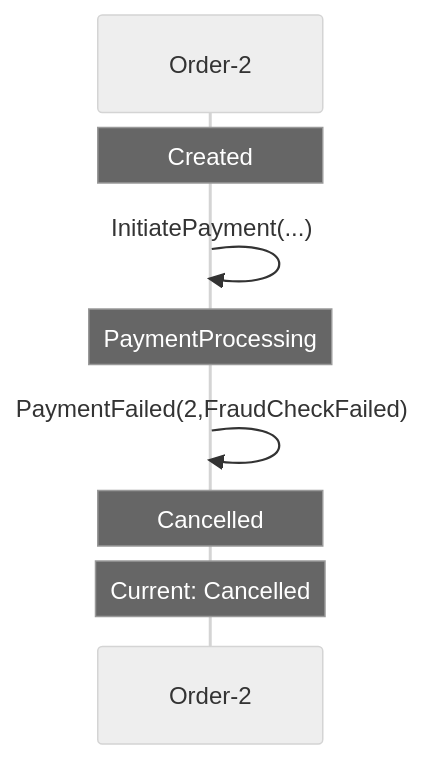
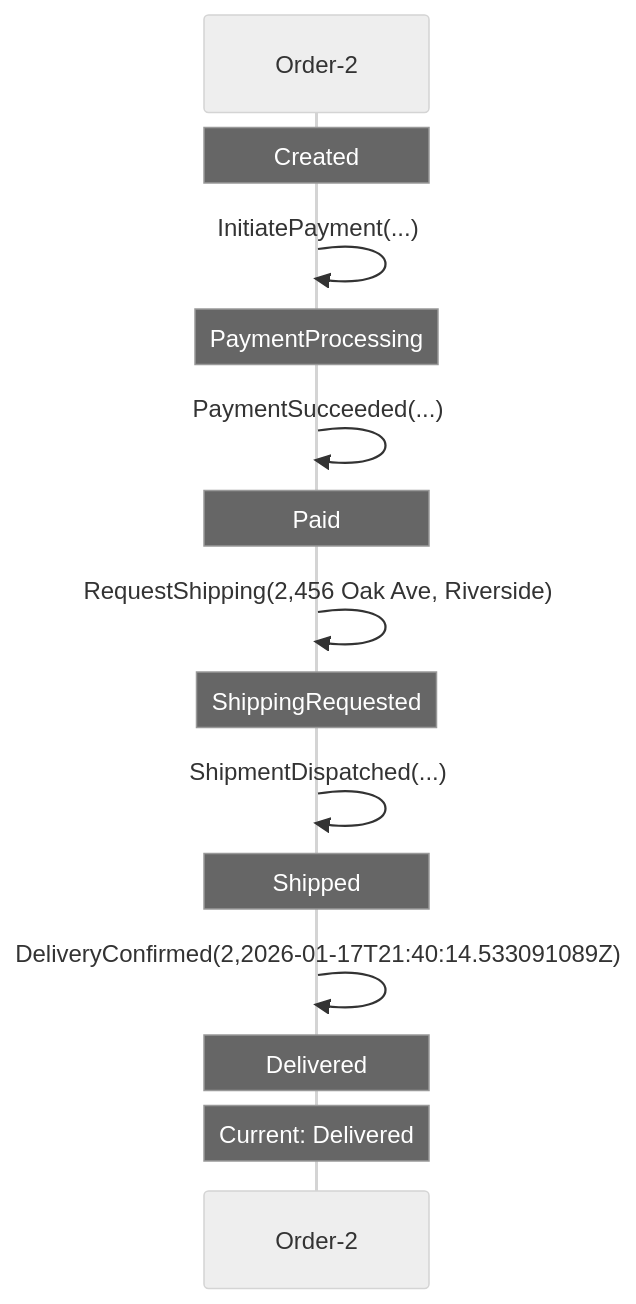
One commit to Iterable/mechanoid changed the first of 2 diagrams in docs/visualizations/order-2-trace.md. Above: the diagram before and after it, drawn with Mermaid (neutral theme). The commit also changed other lines of this file and 10 other files, not shown here.

````diff
--- a/docs/visualizations/order-2-trace.md
+++ b/docs/visualizations/order-2-trace.md
@@ -7,11 +7,17 @@
 ```mermaid
 sequenceDiagram
     participant FSM as Order-2
     Note over FSM: Created
     FSM->>FSM: InitiatePayment(...)
     Note over FSM: PaymentProcessing
-    FSM->>FSM: PaymentFailed(2,FraudCheckFailed)
-    Note over FSM: Cancelled
-    Note over FSM: Current: Cancelled
+    FSM->>FSM: PaymentSucceeded(...)
+    Note over FSM: Paid
+    FSM->>FSM: RequestShipping(2,456 Oak Ave, Riverside)
+    Note over FSM: ShippingRequested
+    FSM->>FSM: ShipmentDispatched(...)
+    Note over FSM: Shipped
+    FSM->>FSM: DeliveryConfirmed(2,2026-01-17T21:40:14.533091089Z)
+    Note over FSM: Delivered
+    Note over FSM: Current: Delivered
 
 ```
````
